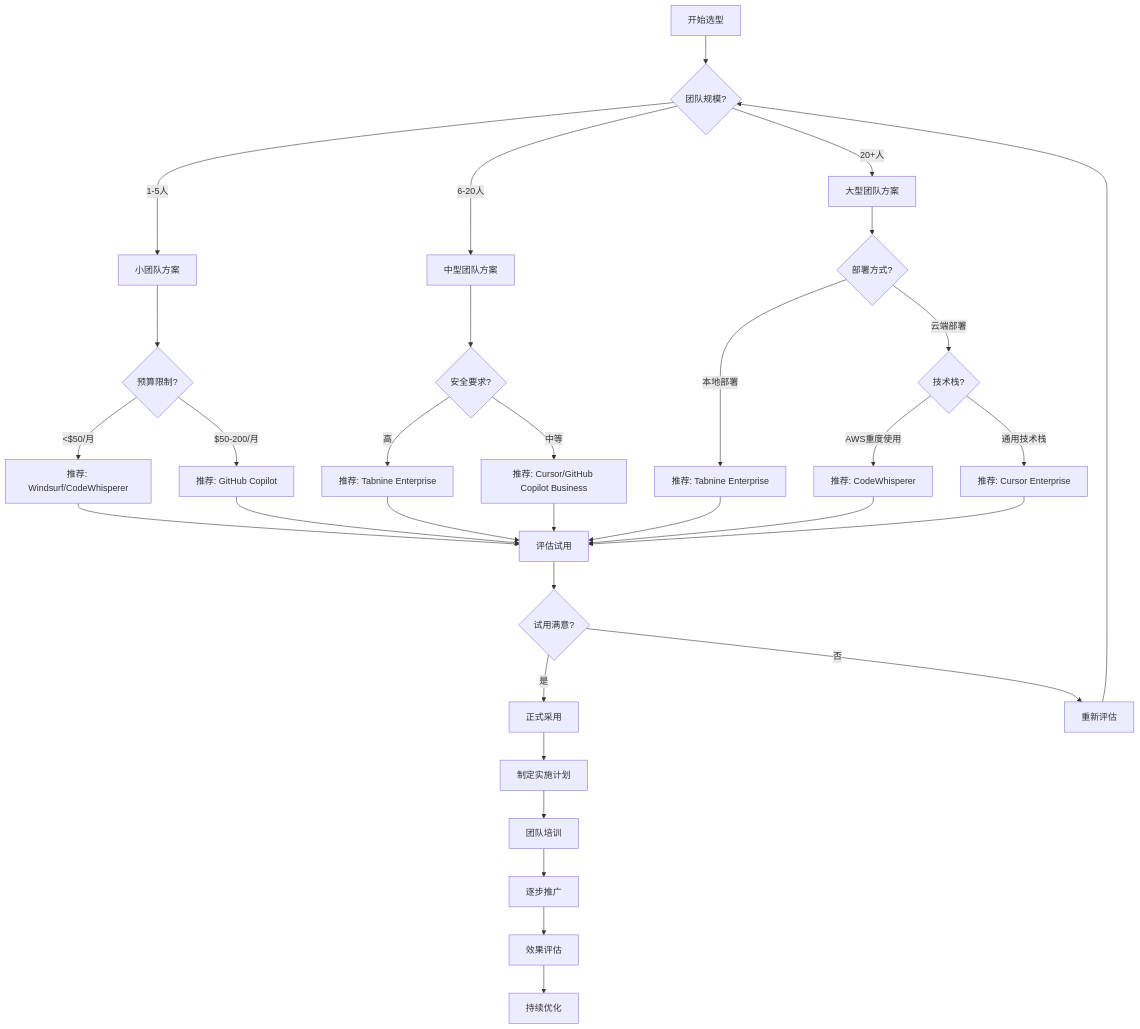
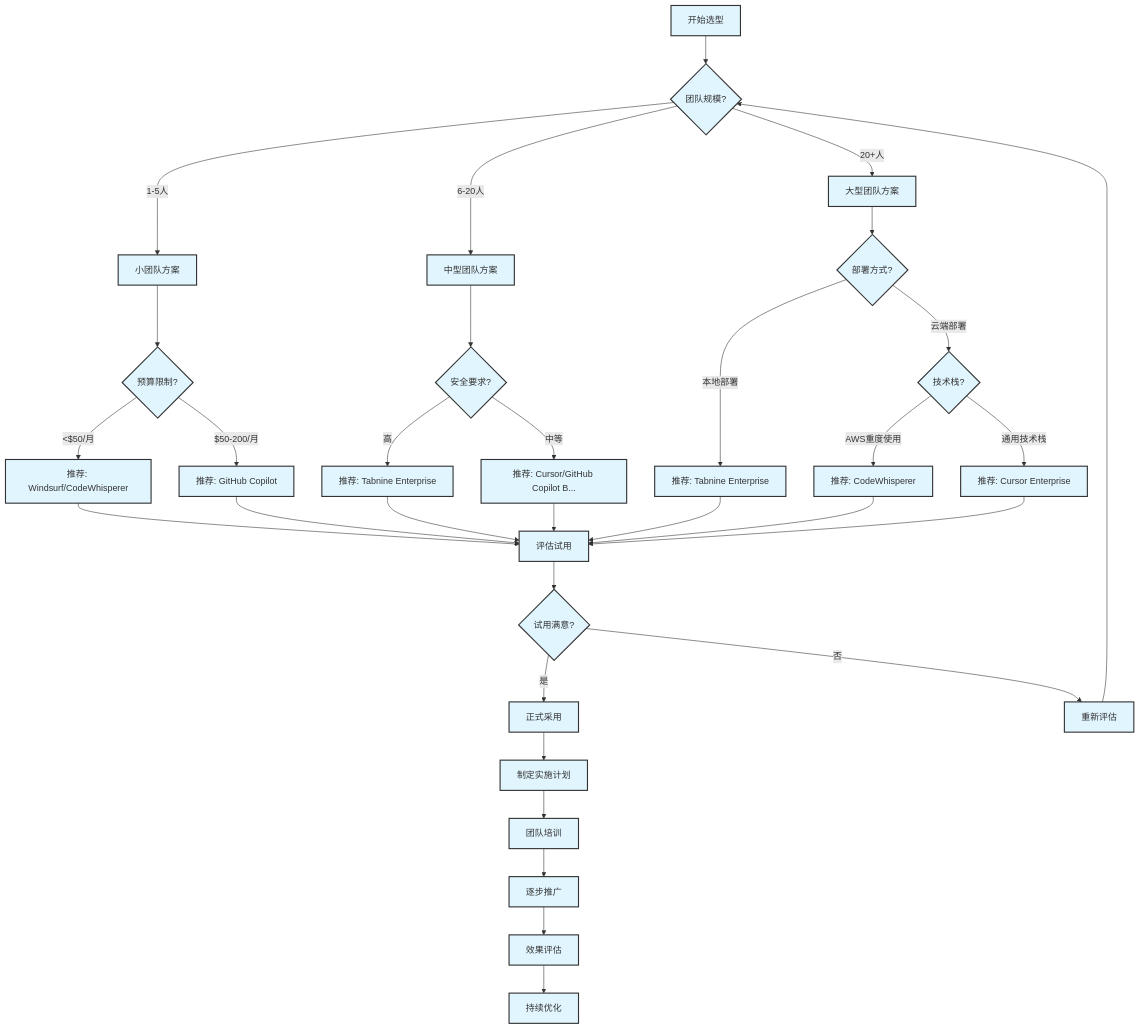
The third of 4 diagrams in docs/chapters/03-tool-selection-comparison.md (Coldplay-now/ai-ide-guide-core), drawn with Mermaid before and after one commit. The commit also changed other lines of this file and 148 other files, not shown here.

````diff
--- a/docs/chapters/03-tool-selection-comparison.md
+++ b/docs/chapters/03-tool-selection-comparison.md
@@ -462,43 +465,39 @@
 ```mermaid
 flowchart TD
     A[开始选型] --> B{团队规模?}
-    
     B -->|1-5人| C[小团队方案]
     B -->|6-20人| D[中型团队方案]
     B -->|20+人| E[大型团队方案]
-    
     C --> F{预算限制?}
     F -->|<$50/月| G[推荐: Windsurf/CodeWhisperer]
     F -->|$50-200/月| H[推荐: GitHub Copilot]
-    
     D --> I{安全要求?}
     I -->|高| J[推荐: Tabnine Enterprise]
-    I -->|中等| K[推荐: Cursor/GitHub Copilot Business]
-    
+    I -->|中等| K[推荐: Cursor/GitHub Copilot B...]
     E --> L{部署方式?}
     L -->|本地部署| M[推荐: Tabnine Enterprise]
     L -->|云端部署| N{技术栈?}
-    
     N -->|AWS重度使用| O[推荐: CodeWhisperer]
     N -->|通用技术栈| P[推荐: Cursor Enterprise]
-    
     G --> Q[评估试用]
     H --> Q
     J --> Q
     K --> Q
     M --> Q
     O --> Q
     P --> Q
-    
     Q --> R{试用满意?}
     R -->|是| S[正式采用]
     R -->|否| T[重新评估]
     T --> B
-    
     S --> U[制定实施计划]
     U --> V[团队培训]
     V --> W[逐步推广]
     W --> X[效果评估]
     X --> Y[持续优化]
-
+%% Standard styling
+classDef default fill:#e1f5fe,stroke:#333,stroke-width:2px
+classDef highlight fill:#bbdefb,stroke:#333,stroke-width:3px
+classDef process fill:#90caf9,stroke:#333,stroke-width:2px
+classDef decision fill:#64b5f6,stroke:#333,stroke-width:2px
 ```
````
